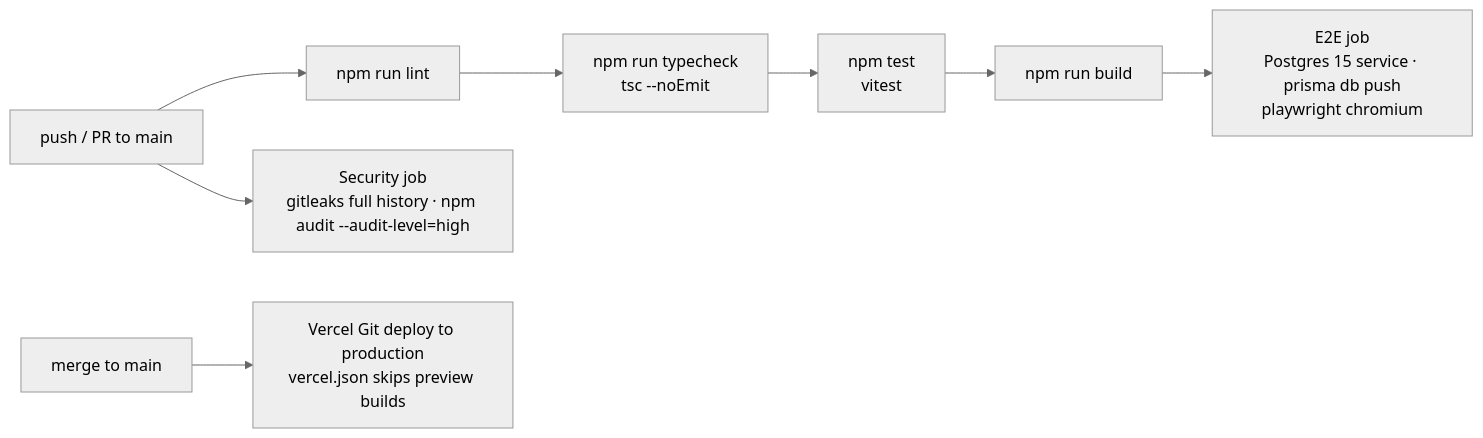
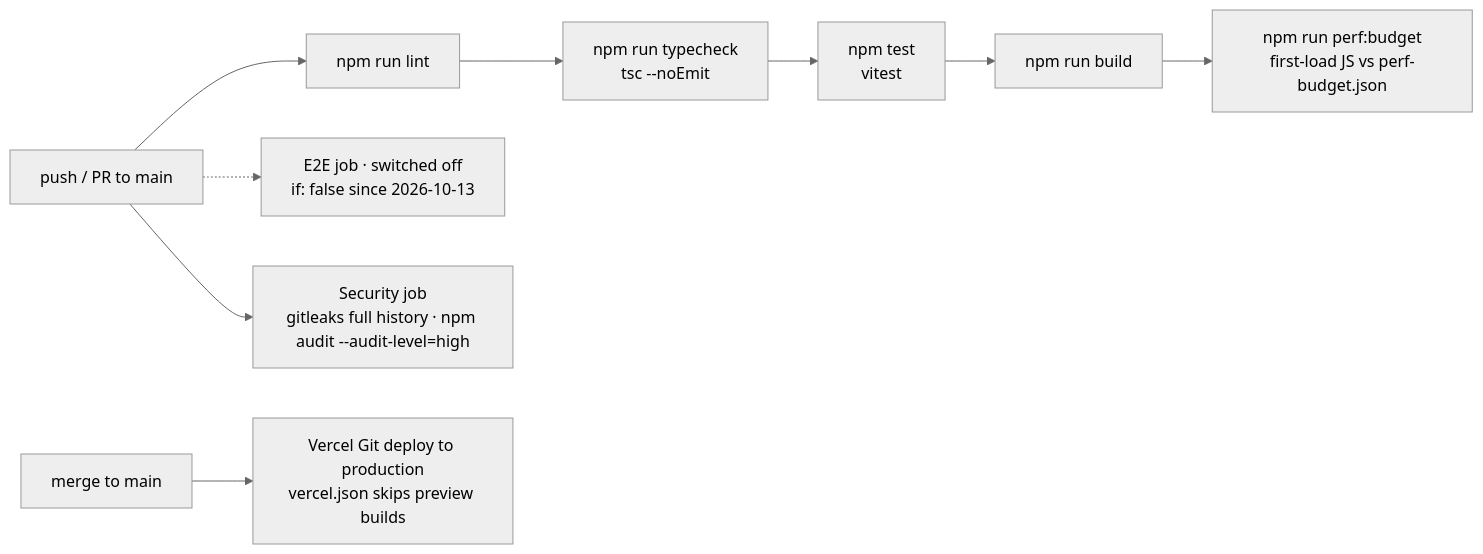
One commit to gengirish/awaazos changed the seventh of 10 diagrams in ARCHITECTURE.md. Above: the diagram before and after it, drawn with Mermaid (neutral theme). The commit also changed other lines of this file and 7 other files, not shown here.

First line of the commit message:
docs: sync architecture, README, TODO and docs/ with recent changes

````diff
--- a/ARCHITECTURE.md
+++ b/ARCHITECTURE.md
@@ -581,10 +636,11 @@
 ```mermaid
 flowchart LR
     Push[push / PR to main] --> Lint[npm run lint]
     Lint --> TC[npm run typecheck<br/>tsc --noEmit]
     TC --> Unit[npm test<br/>vitest]
     Unit --> Build[npm run build]
-    Build --> E2E[E2E job<br/>Postgres 15 service · prisma db push<br/>playwright chromium]
+    Build --> Budget[npm run perf:budget<br/>first-load JS vs perf-budget.json]
+    Push -.-> E2E[E2E job · switched off<br/>if: false since 2026-10-13]
     Push --> Sec[Security job<br/>gitleaks full history · npm audit --audit-level=high]
     Main[merge to main] --> Vercel[Vercel Git deploy to production<br/>vercel.json skips preview builds]
 ```
````
